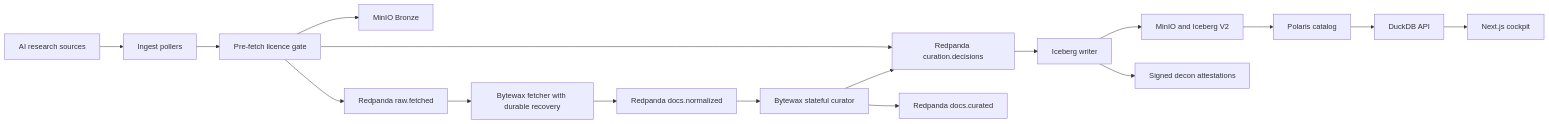
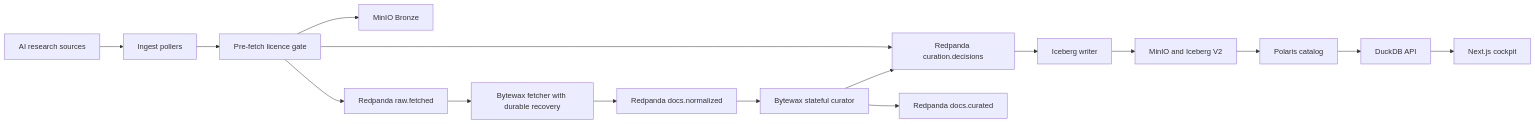
The diagram in README.md (0Chris5R/Stream2Pretrain), drawn with Mermaid before and after one commit. The commit also changed other lines of this file and 159 other files, not shown here.

````diff
--- a/README.md
+++ b/README.md
@@ -43,19 +43,18 @@
 ```mermaid
 flowchart LR
     sources["AI research sources"] --> ingest["Ingest pollers"]
     ingest --> licence["Pre-fetch licence gate"]
     licence --> decisions["Corpus route ledger"]
     licence --> bronze["MinIO Bronze"]
     licence --> raw["Redpanda raw.fetched"]
     raw --> fetcher["Bytewax fetcher with durable recovery"]
     fetcher --> normalized["Redpanda docs.normalized"]
     normalized --> curate["Bytewax stateful curator"]
     curate --> decisions["Redpanda curation.decisions"]
     curate --> clean["Redpanda docs.curated"]
     decisions --> writer["Iceberg writer"]
     writer --> lakehouse["MinIO and Iceberg V2"]
-    writer --> attest["Signed decon attestations"]
     lakehouse --> catalog["Polaris catalog"]
     catalog --> query["DuckDB API"]
     query --> ui["Next.js cockpit"]
 ```
````
